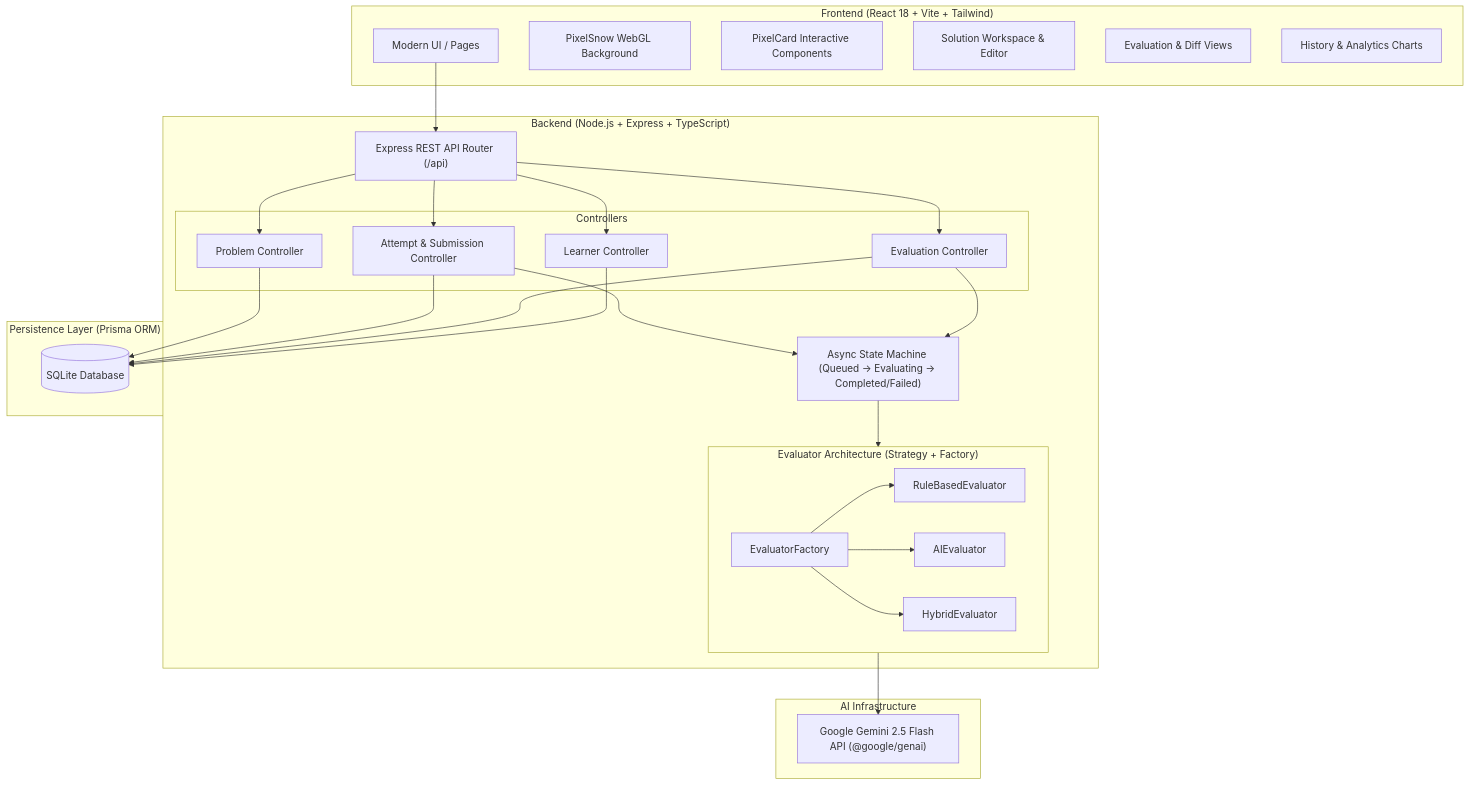
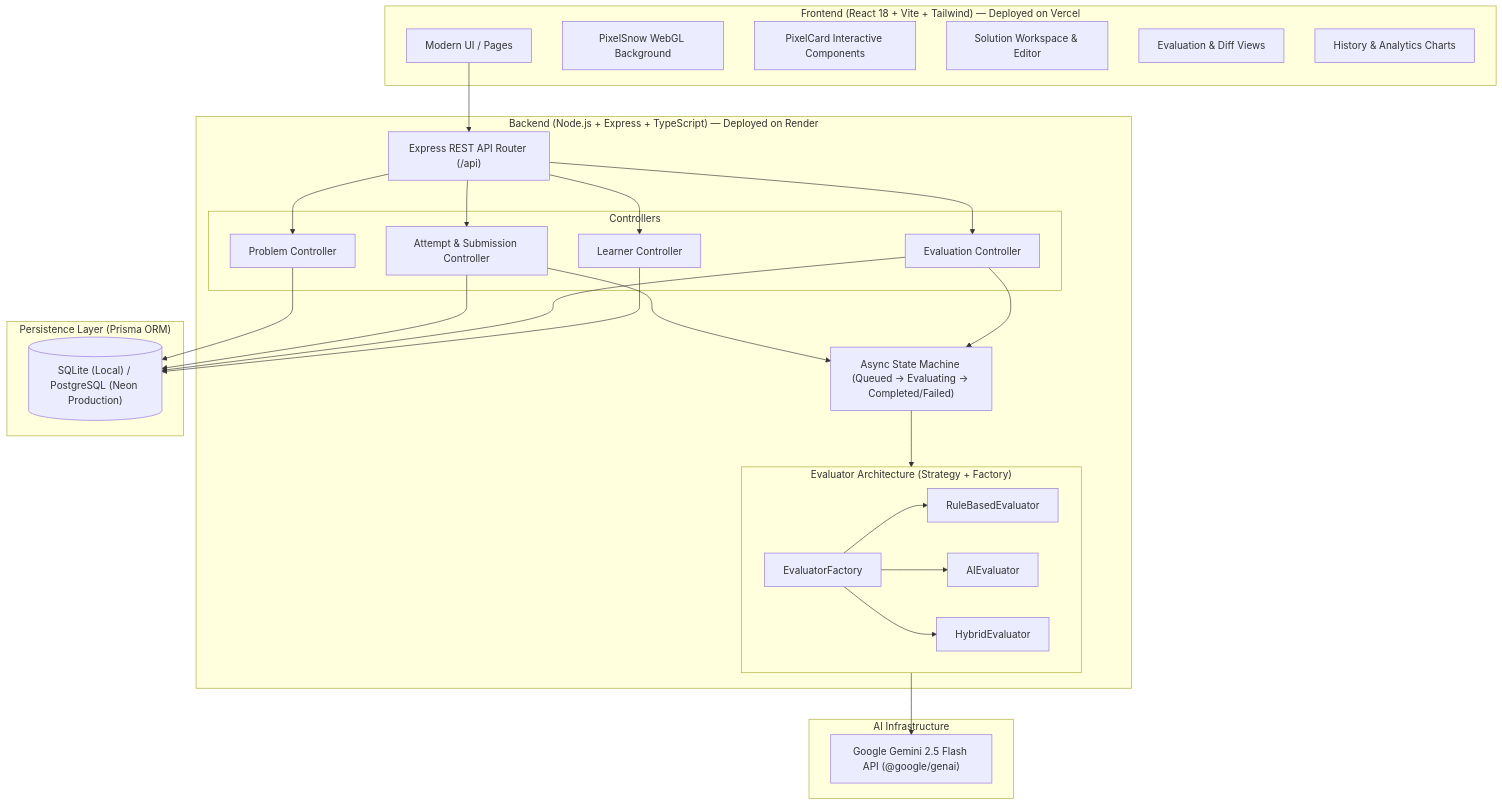
The first of 2 diagrams in README.md (HarshvardhanGupta-251/LLD_Platform), drawn with Mermaid before and after one commit. The commit also changed other lines of this file and 4 other files, not shown here.

Commit message:
Update README with live deployment URLs, cloud architecture, and documentation notes

````diff
--- a/README.md
+++ b/README.md
@@ -117,46 +145,46 @@
 ```mermaid
 flowchart TD
-    subgraph Frontend["Frontend (React 18 + Vite + Tailwind)"]
+    subgraph Frontend["Frontend (React 18 + Vite + Tailwind) — Deployed on Vercel"]
         UI["Modern UI / Pages"]
         PS["PixelSnow WebGL Background"]
         PC["PixelCard Interactive Components"]
         SE["Solution Workspace & Editor"]
         EV["Evaluation & Diff Views"]
         HT["History & Analytics Charts"]
     end
 
-    subgraph Backend["Backend (Node.js + Express + TypeScript)"]
+    subgraph Backend["Backend (Node.js + Express + TypeScript) — Deployed on Render"]
         Router["Express REST API Router (/api)"]
         subgraph Controllers
             PCtrl["Problem Controller"]
             ACtrl["Attempt & Submission Controller"]
             ECtrl["Evaluation Controller"]
             LCtrl["Learner Controller"]
         end
         subgraph Evaluator_System["Evaluator Architecture (Strategy + Factory)"]
             EF["EvaluatorFactory"]
             direction LR
             RBE["RuleBasedEvaluator"]
             AIE["AIEvaluator"]
             HE["HybridEvaluator"]
         end
         SM["Async State Machine (Queued -> Evaluating -> Completed/Failed)"]
     end
 
     subgraph External_AI["AI Infrastructure"]
         Gemini["Google Gemini 2.5 Flash API (@google/genai)"]
     end
 
     subgraph Database["Persistence Layer (Prisma ORM)"]
-        SQLite[("SQLite Database")]
+        SQLite[("SQLite (Local) / PostgreSQL (Neon Production)")]
     end
 
     UI --> Router
     Router --> PCtrl & ACtrl & ECtrl & LCtrl
     ACtrl --> SM
     ECtrl --> SM
     SM --> EF
     EF --> RBE & AIE & HE
     AIE --> Gemini
     PCtrl & ACtrl & ECtrl & LCtrl --> SQLite
 ```
````
